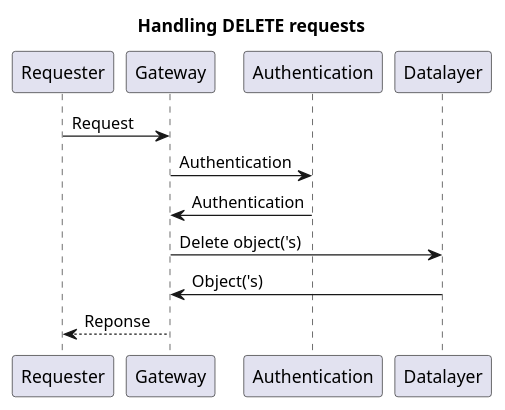
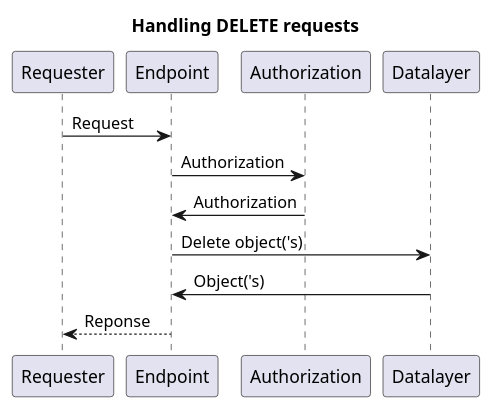
One commit to CommonGateway/CoreBundle changed the diagram in docs/features/request_delete.puml. Above: the diagram before and after it, drawn with PlantUML. The commit also changed 4 other files, not shown here.

```diff
--- a/docs/features/request_delete.puml
+++ b/docs/features/request_delete.puml
@@ -1,9 +1,9 @@
 @startuml
 title: Handling DELETE requests
-Requester -> Gateway: Request
-Gateway -> Authentication  : Authentication
-Authentication -> Gateway  : Authentication
-Gateway -> Datalayer : Delete object('s)
-Datalayer -> Gateway : Object('s)
-Gateway --> Requester: Reponse
+Requester -> Endpoint: Request
+Endpoint -> Authorization  : Authorization
+Authorization -> Endpoint  : Authorization
+Endpoint -> Datalayer : Delete object('s)
+Datalayer -> Endpoint : Object('s)
+Endpoint --> Requester: Reponse
 @enduml
```
